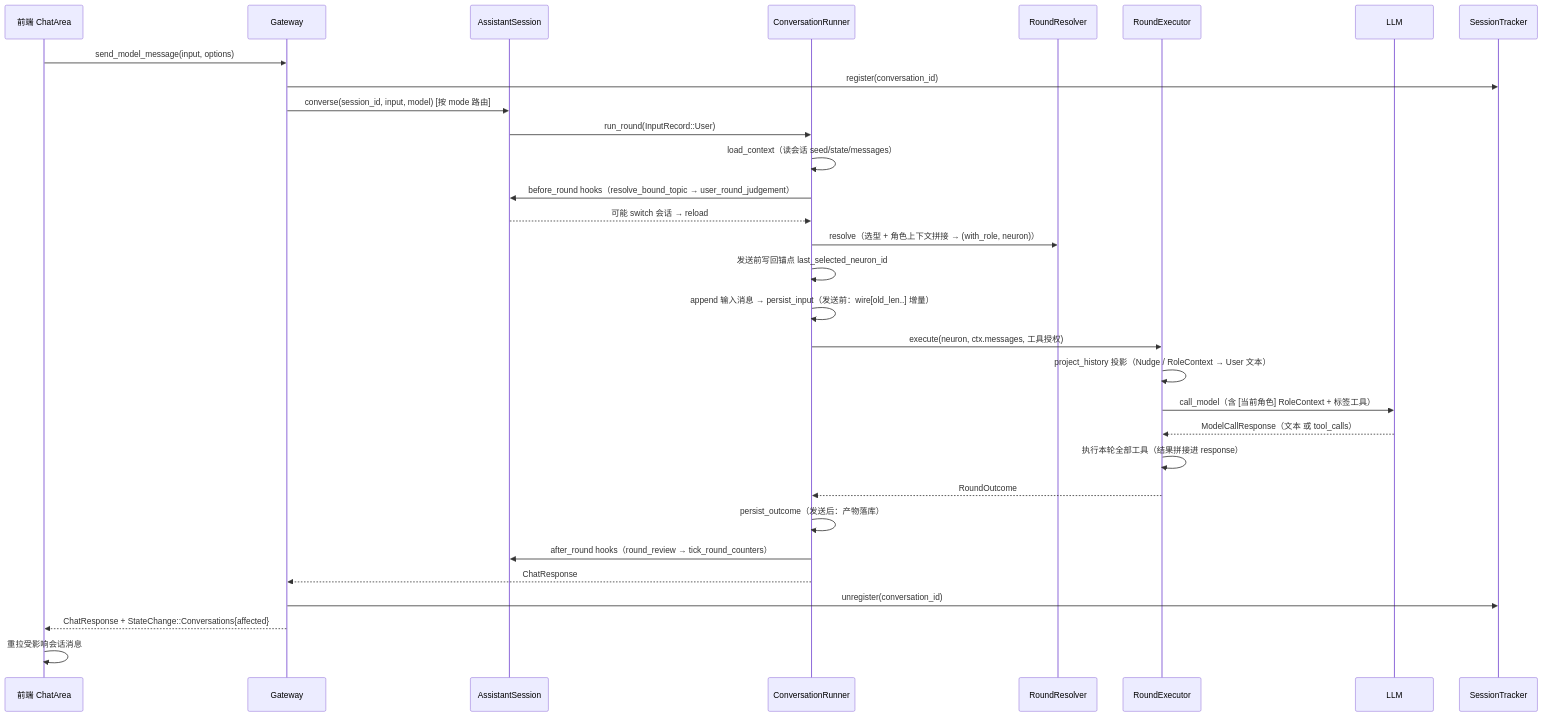
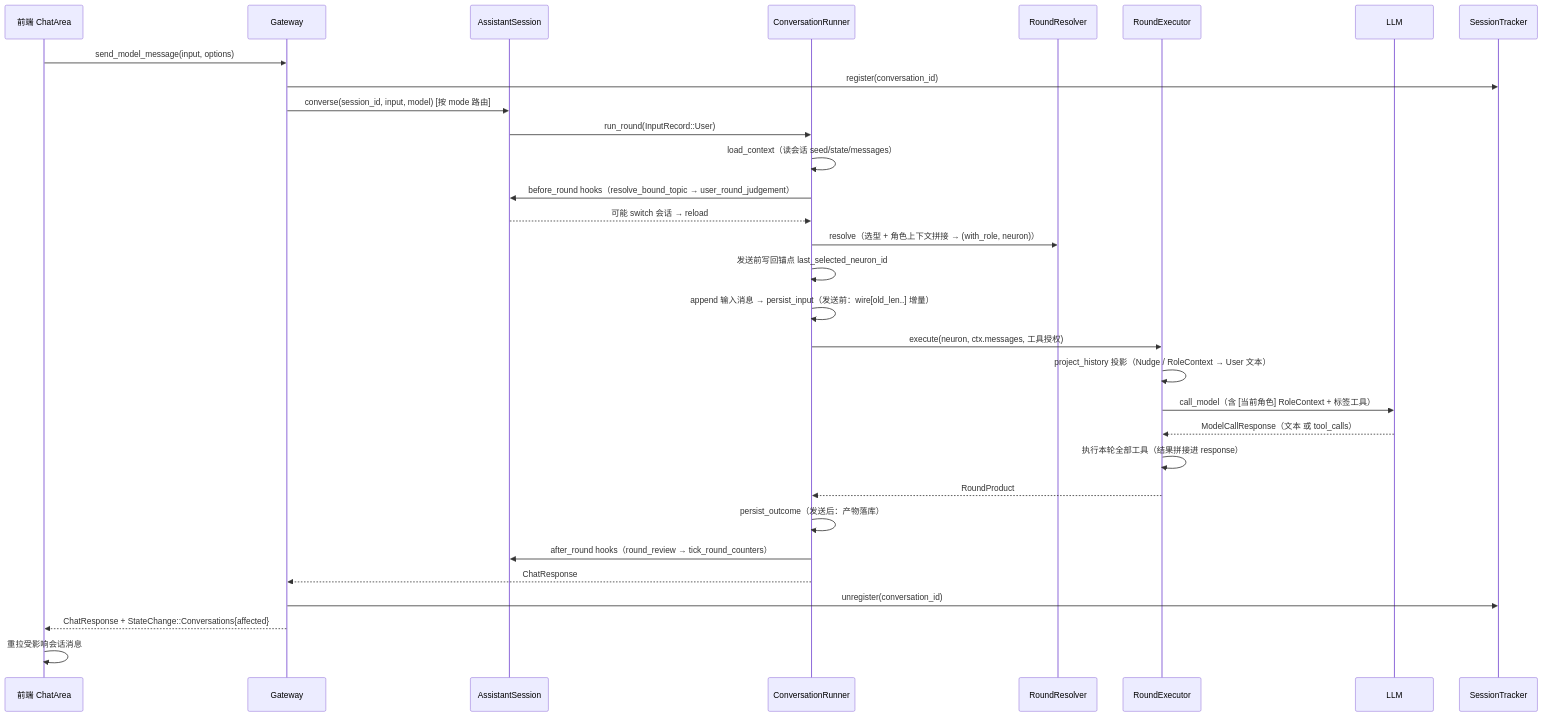
One commit to luoanb/new-start changed the seventh of 8 diagrams in docs/pulsar/session-message-architecture.md. Above: the diagram before and after it, drawn with Mermaid. The commit also changed other lines of this file and 135 other files, not shown here.

````diff
--- a/docs/pulsar/session-message-architecture.md
+++ b/docs/pulsar/session-message-architecture.md
@@ -247,34 +247,34 @@
 ```mermaid
 sequenceDiagram
   participant UI as 前端 ChatArea
   participant GW as Gateway
   participant AS as AssistantSession
   participant RUN as ConversationRunner
   participant RV as RoundResolver
   participant EX as RoundExecutor
   participant LLM as LLM
   participant ST as SessionTracker
 
   UI->>GW: send_model_message(input, options)
   GW->>ST: register(conversation_id)
   GW->>AS: converse(session_id, input, model)  [按 mode 路由]
   AS->>RUN: run_round(InputRecord::User)
   RUN->>RUN: load_context（读会话 seed/state/messages）
   RUN->>AS: before_round hooks（resolve_bound_topic → user_round_judgement）
   AS-->>RUN: 可能 switch 会话 → reload
   RUN->>RV: resolve（选型 + 角色上下文拼接 → (with_role, neuron)）
   RUN->>RUN: 发送前写回锚点 last_selected_neuron_id
   RUN->>RUN: append 输入消息 → persist_input（发送前：wire[old_len..] 增量）
   RUN->>EX: execute(neuron, ctx.messages, 工具授权)
   EX->>EX: project_history 投影（Nudge / RoleContext → User 文本）
   EX->>LLM: call_model（含 [当前角色] RoleContext + 标签工具）
   LLM-->>EX: ModelCallResponse（文本 或 tool_calls）
   EX->>EX: 执行本轮全部工具（结果拼接进 response）
-  EX-->>RUN: RoundOutcome
+  EX-->>RUN: RoundProduct
   RUN->>RUN: persist_outcome（发送后：产物落库）
   RUN->>AS: after_round hooks（round_review → tick_round_counters）
   RUN-->>GW: ChatResponse
   GW->>ST: unregister(conversation_id)
   GW-->>UI: ChatResponse + StateChange::Conversations{affected}
   UI->>UI: 重拉受影响会话消息
 ```
````
